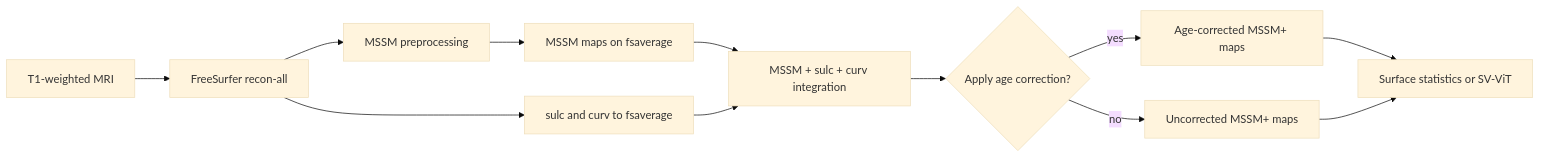
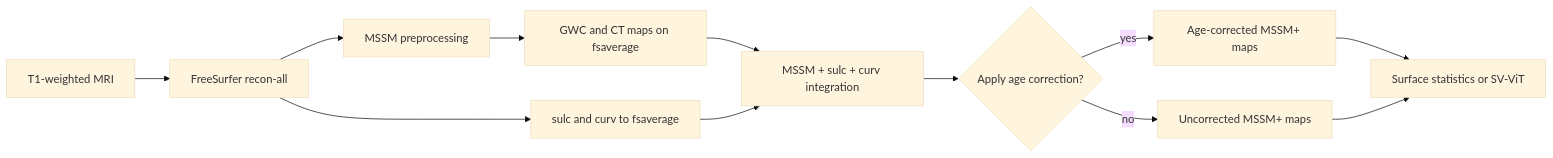
One commit to labhai/MSSMplus changed the diagram in README.md. Above: the diagram before and after it, drawn with Mermaid (base theme). The commit also changed other lines of this file, not shown here.

````diff
--- a/README.md
+++ b/README.md
@@ -126,14 +126,14 @@
 ```mermaid
 flowchart LR
     A[T1-weighted MRI] --> B[FreeSurfer recon-all]
     B --> C[MSSM preprocessing]
-    C --> D[MSSM maps on fsaverage]
+    C --> D[GWC and CT maps on fsaverage]
     B --> E[sulc and curv to fsaverage]
     D --> F[MSSM + sulc + curv integration]
     E --> F
     F --> G{Apply age correction?}
     G -->|yes| H[Age-corrected MSSM+ maps]
     G -->|no| I[Uncorrected MSSM+ maps]
     H --> J[Surface statistics or SV-ViT]
     I --> J
 ```
````
